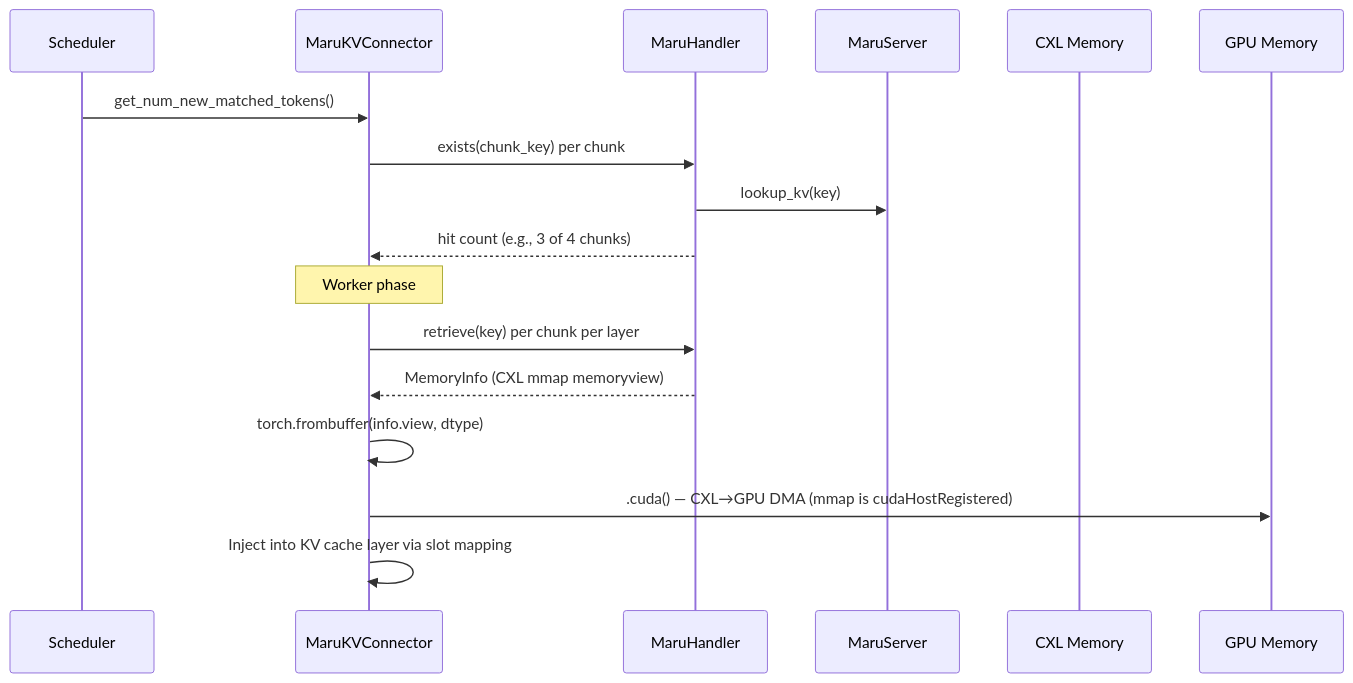
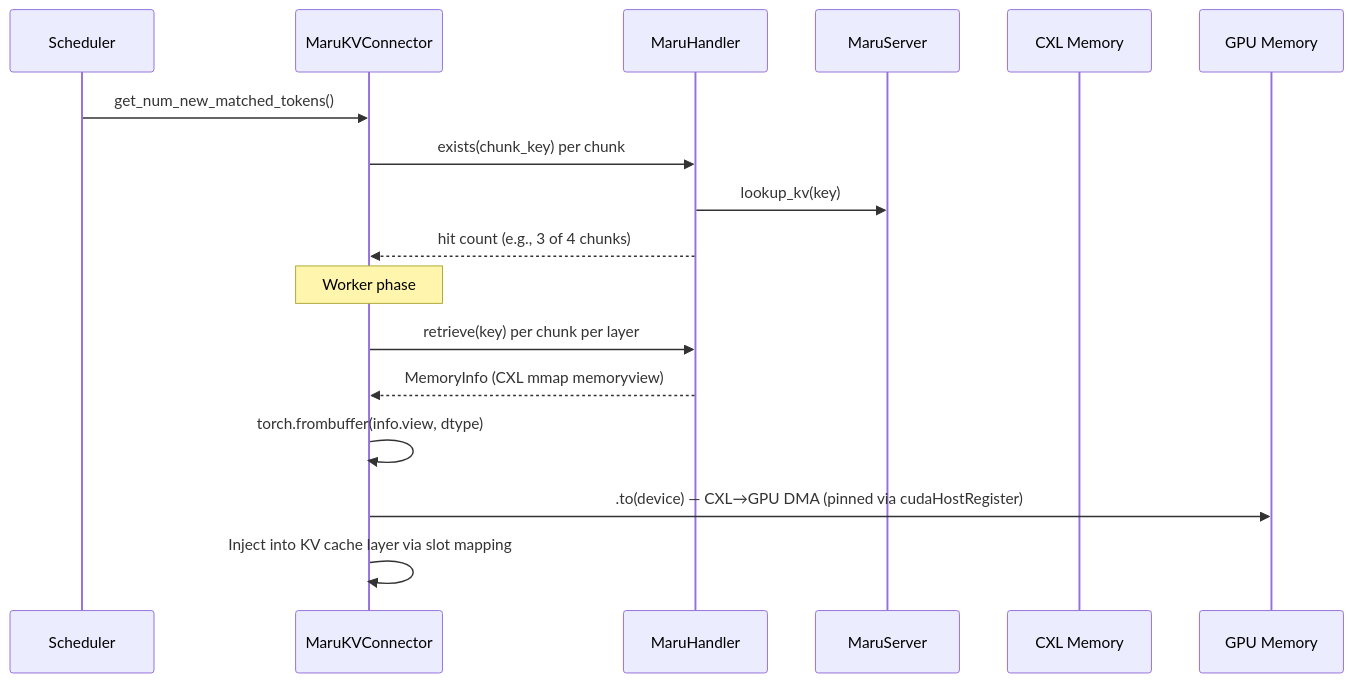
The third of 3 diagrams in docs/source/integration/vllm.md (xcena-dev/maru), drawn with Mermaid before and after one commit. The commit also changed other lines of this file and 1 other file, not shown here.

````diff
--- a/docs/source/integration/vllm.md
+++ b/docs/source/integration/vllm.md
@@ -71,21 +71,21 @@
 ```mermaid
 sequenceDiagram
     participant Sched as Scheduler
     participant MKV as MaruKVConnector
     participant MH as MaruHandler
     participant MS as MaruServer
     participant CXL as CXL Memory
     participant GPU as GPU Memory
 
     Sched->>MKV: get_num_new_matched_tokens()
     MKV->>MH: exists(chunk_key) per chunk
     MH->>MS: lookup_kv(key)
     MH-->>MKV: hit count (e.g., 3 of 4 chunks)
 
     Note over MKV: Worker phase
     MKV->>MH: retrieve(key) per chunk per layer
     MH-->>MKV: MemoryInfo (CXL mmap memoryview)
     MKV->>MKV: torch.frombuffer(info.view, dtype)
-    MKV->>GPU: .cuda() — CXL→GPU DMA (mmap is cudaHostRegistered)
+    MKV->>GPU: .to(device) — CXL→GPU DMA (pinned via cudaHostRegister)
     MKV->>MKV: Inject into KV cache layer via slot mapping
 ```
````
